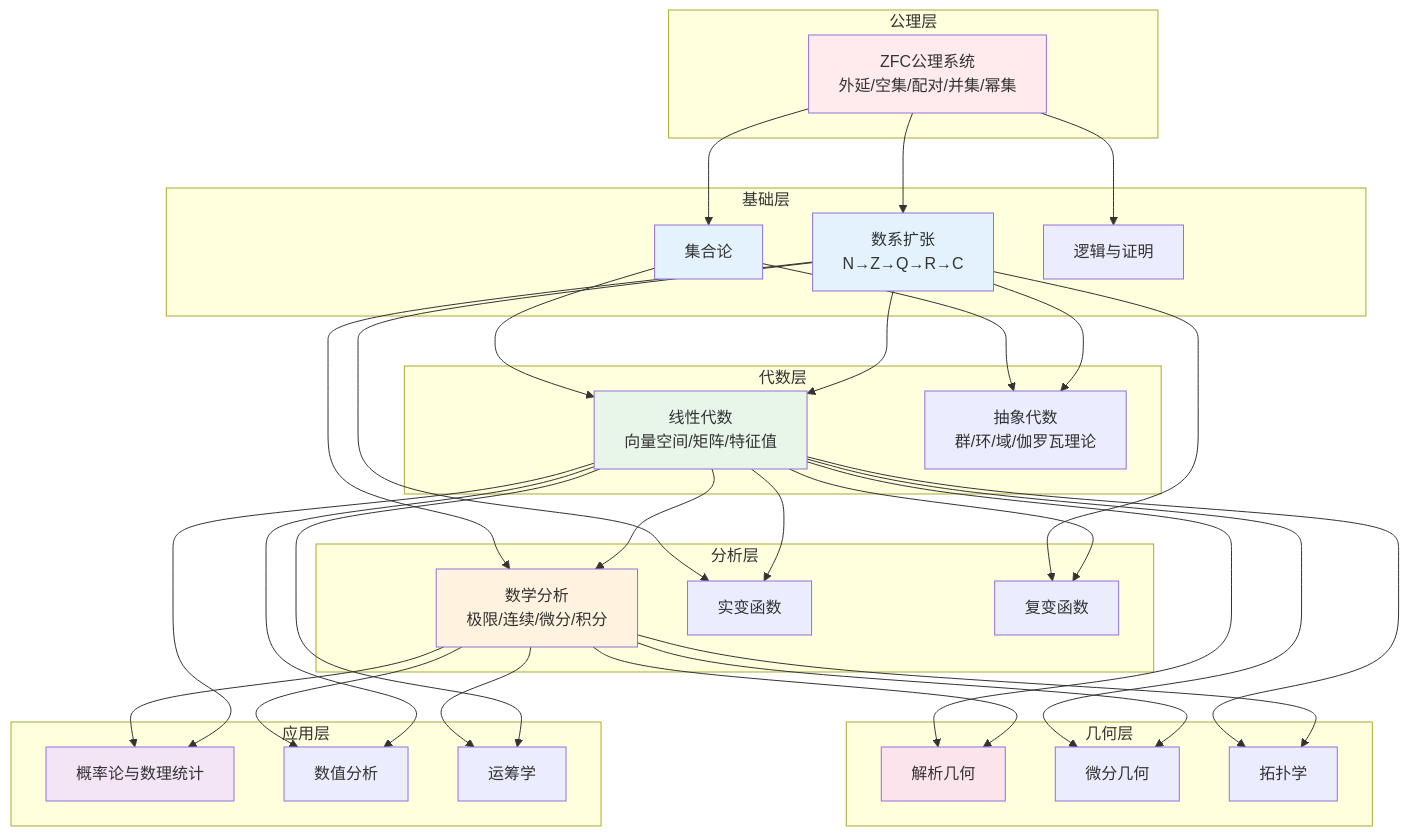
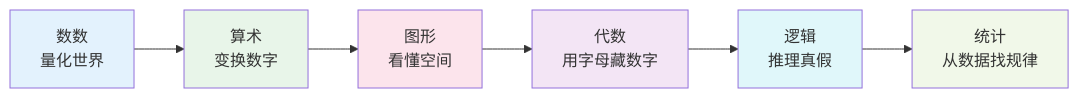
Before and after one commit to wxyClark/wxyClark.github.io: the first of 4 diagrams in content/natural-sciences/mathematics/index.md, drawn with Mermaid. The commit also changed other lines of this file and 11 other files, not shown here.

````diff
--- a/content/natural-sciences/mathematics/index.md
+++ b/content/natural-sciences/mathematics/index.md
@@ -21,49 +23,18 @@
 ```mermaid
-graph TB
-    subgraph 公理层
-        A1[ZFC公理系统<br/>外延/空集/配对/并集/幂集]
-    end
+flowchart LR
+    T1[数数<br/>量化世界]
+    T2[算术<br/>变换数字]
+    T3[图形<br/>看懂空间]
+    T4[代数<br/>用字母藏数字]
+    T5[逻辑<br/>推理真假]
+    T6[统计<br/>从数据找规律]
     
-    subgraph 基础层
-        B1[集合论]
-        B2[数系扩张<br/>N→Z→Q→R→C]
-        B3[逻辑与证明]
-    end
+    T1 --> T2 --> T3 --> T4 --> T5 --> T6
     
-    subgraph 代数层
-        C1[线性代数<br/>向量空间/矩阵/特征值]
-        C2[抽象代数<br/>群/环/域/伽罗瓦理论]
-    end
-    
-    subgraph 分析层
-        D1[数学分析<br/>极限/连续/微分/积分]
-        D2[实变函数]
-        D3[复变函数]
-    end
-    
-    subgraph 几何层
-        E1[解析几何]
-        E2[微分几何]
-        E3[拓扑学]
-    end
-    
-    subgraph 应用层
-        F1[概率论与数理统计]
-        F2[数值分析]
-        F3[运筹学]
-    end
-    
-    A1 --> B1 & B2 & B3
-    B1 & B2 --> C1 & C2
-    B2 & C1 --> D1 & D2 & D3
-    C1 & D1 --> E1 & E2 & E3
-    D1 & C1 --> F1 & F2 & F3
-    
-    style A1 fill:#ffebee
-    style B1 fill:#e3f2fd
-    style B2 fill:#e3f2fd
-    style C1 fill:#e8f5e9
-    style D1 fill:#fff3e0
-    style E1 fill:#fce4ec
-    style F1 fill:#f3e5f5
+    style T1 fill:#e3f2fd
+    style T2 fill:#e8f5e9
+    style T3 fill:#fce4ec
+    style T4 fill:#f3e5f5
+    style T5 fill:#e0f7fa
+    style T6 fill:#f1f8e9
 ```
````
